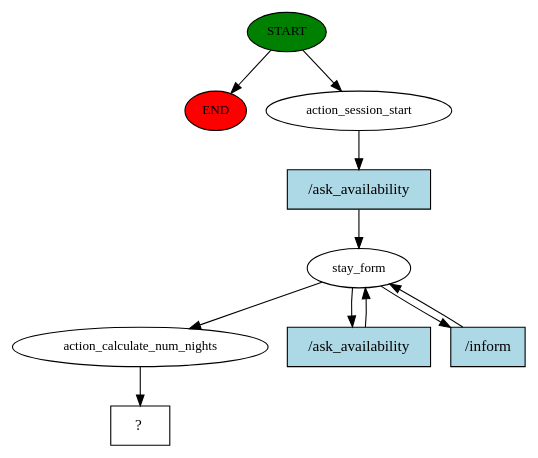
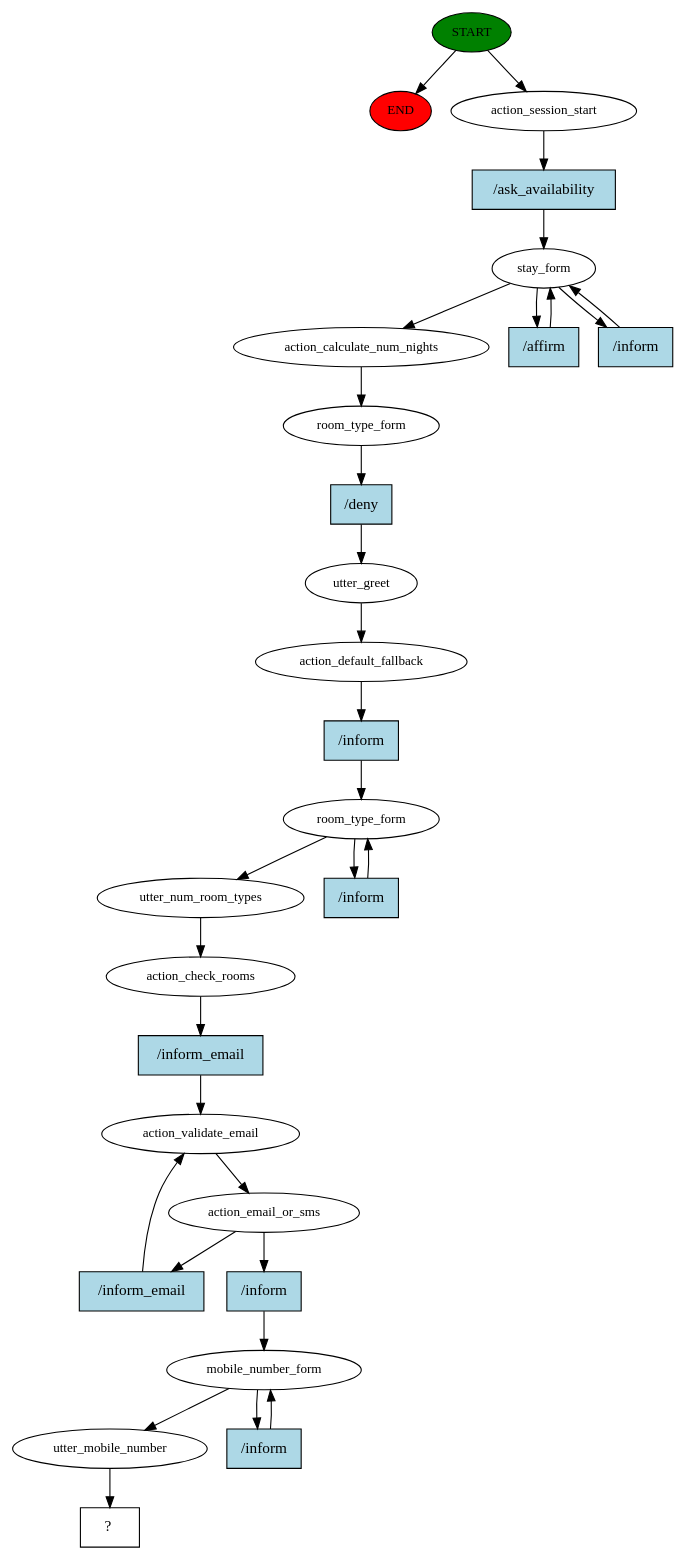
The diagram in story_graph.dot (subrockmann/hotel_booking_bot), drawn with Graphviz before and after one commit. The commit also changed 1 other file, not shown here.

Commit message:
feat: evaluate room availability

```diff
--- a/story_graph.dot
+++ b/story_graph.dot
@@ -1,21 +1,58 @@
 digraph  {
 0 [class="start active", fillcolor=green, fontsize=12, label=START, style=filled];
 "-1" [class=end, fillcolor=red, fontsize=12, label=END, style=filled];
 1 [class=active, fontsize=12, label=action_session_start];
 2 [class=active, fontsize=12, label=stay_form];
 5 [class=active, fontsize=12, label=action_calculate_num_nights];
-6 [class="intent dashed active", label="  ?  ", shape=rect];
-7 [class="intent active", fillcolor=lightblue, label="/ask_availability", shape=rect, style=filled];
-8 [class="intent active", fillcolor=lightblue, label="/ask_availability", shape=rect, style=filled];
-9 [class="intent active", fillcolor=lightblue, label="/inform", shape=rect, style=filled];
+6 [class=active, fontsize=12, label=room_type_form];
+7 [class=active, fontsize=12, label=utter_greet];
+8 [class=active, fontsize=12, label=action_default_fallback];
+9 [class=active, fontsize=12, label=room_type_form];
+11 [class=active, fontsize=12, label=utter_num_room_types];
+12 [class=active, fontsize=12, label=action_check_rooms];
+13 [class=active, fontsize=12, label=action_validate_email];
+14 [class=active, fontsize=12, label=action_email_or_sms];
+17 [class=active, fontsize=12, label=mobile_number_form];
+19 [class=active, fontsize=12, label=utter_mobile_number];
+20 [class="intent dashed active", label="  ?  ", shape=rect];
+21 [class="intent active", fillcolor=lightblue, label="/ask_availability", shape=rect, style=filled];
+22 [class="intent active", fillcolor=lightblue, label="/affirm", shape=rect, style=filled];
+23 [class="intent active", fillcolor=lightblue, label="/inform", shape=rect, style=filled];
+24 [class="intent active", fillcolor=lightblue, label="/deny", shape=rect, style=filled];
+25 [class="intent active", fillcolor=lightblue, label="/inform", shape=rect, style=filled];
+26 [class="intent active", fillcolor=lightblue, label="/inform", shape=rect, style=filled];
+27 [class="intent active", fillcolor=lightblue, label="/inform_email", shape=rect, style=filled];
+28 [class="intent active", fillcolor=lightblue, label="/inform_email", shape=rect, style=filled];
+29 [class="intent active", fillcolor=lightblue, label="/inform", shape=rect, style=filled];
+30 [class="intent active", fillcolor=lightblue, label="/inform", shape=rect, style=filled];
 0 -> "-1"  [class="", key=NONE, label=""];
 0 -> 1  [class=active, key=NONE, label=""];
-1 -> 7  [class=active, key=0];
+1 -> 21  [class=active, key=0];
 2 -> 5  [class=active, key=NONE, label=""];
-2 -> 8  [class=active, key=0];
-2 -> 9  [class=active, key=0];
+2 -> 22  [class=active, key=0];
+2 -> 23  [class=active, key=0];
 5 -> 6  [class=active, key=NONE, label=""];
-7 -> 2  [class=active, key=0];
-8 -> 2  [class=active, key=0];
-9 -> 2  [class=active, key=0];
+6 -> 24  [class=active, key=0];
+7 -> 8  [class=active, key=NONE, label=""];
+8 -> 25  [class=active, key=0];
+9 -> 11  [class=active, key=NONE, label=""];
+9 -> 26  [class=active, key=0];
+11 -> 12  [class=active, key=NONE, label=""];
+12 -> 27  [class=active, key=0];
+13 -> 14  [class=active, key=NONE, label=""];
+14 -> 28  [class=active, key=0];
+14 -> 29  [class=active, key=0];
+17 -> 19  [class=active, key=NONE, label=""];
+17 -> 30  [class=active, key=0];
+19 -> 20  [class=active, key=NONE, label=""];
+21 -> 2  [class=active, key=0];
+22 -> 2  [class=active, key=0];
+23 -> 2  [class=active, key=0];
+24 -> 7  [class=active, key=0];
+25 -> 9  [class=active, key=0];
+26 -> 9  [class=active, key=0];
+27 -> 13  [class=active, key=0];
+28 -> 13  [class=active, key=0];
+29 -> 17  [class=active, key=0];
+30 -> 17  [class=active, key=0];
 }
```
